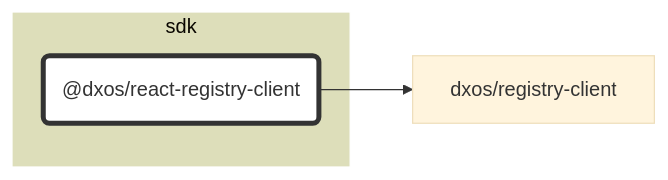
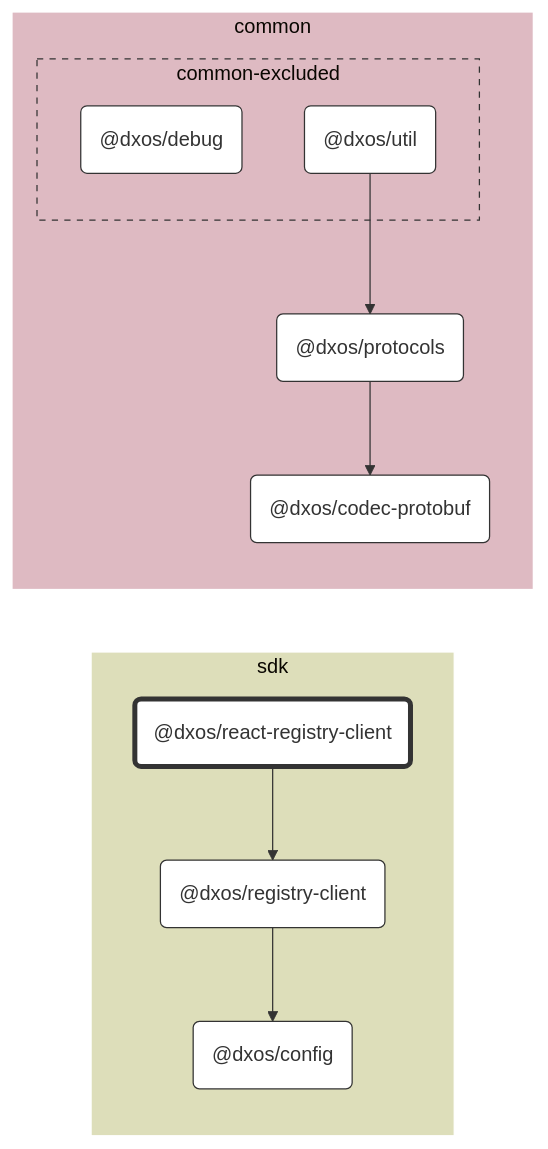
Before and after one commit to dxos/dxos: the diagram in packages/sdk/react-registry-client/docs/README.md, drawn with Mermaid (base theme). The commit also changed 65 other files, not shown here.

````diff
--- a/packages/sdk/react-registry-client/docs/README.md
+++ b/packages/sdk/react-registry-client/docs/README.md
@@ -7,21 +7,44 @@
 ```mermaid
 %%{ init: {'flowchart':{'curve':'basis'}} }%%
 
 flowchart LR
 
 %% Classes
 classDef def fill:#fff,stroke:#333,stroke-width:1px
 classDef root fill:#fff,stroke:#333,stroke-width:4px
 
 %% Nodes
 
 subgraph sdk [sdk]
   style sdk fill:#dddeba,stroke:#fff
   dxos/react-registry-client("@dxos/react-registry-client"):::root
   click dxos/react-registry-client "dxos/dxos/tree/main/packages/sdk/react-registry-client/docs"
+  dxos/config("@dxos/config"):::def
+  click dxos/config "dxos/dxos/tree/main/packages/sdk/config/docs"
+  dxos/registry-client("@dxos/registry-client"):::def
+  click dxos/registry-client "dxos/dxos/tree/main/packages/sdk/registry-client/docs"
+end
+
+subgraph common [common]
+  style common fill:#debac2,stroke:#fff
+  dxos/codec-protobuf("@dxos/codec-protobuf"):::def
+  click dxos/codec-protobuf "dxos/dxos/tree/main/packages/common/codec-protobuf/docs"
+  dxos/protocols("@dxos/protocols"):::def
+  click dxos/protocols "dxos/dxos/tree/main/packages/common/protocols/docs"
+
+  subgraph common-excluded [common-excluded]
+    style common-excluded fill:#debac2,stroke:#333,stroke-dasharray:5 5
+    dxos/debug("@dxos/debug"):::def
+    click dxos/debug "dxos/dxos/tree/main/packages/common/debug/docs"
+    dxos/util("@dxos/util"):::def
+    click dxos/util "dxos/dxos/tree/main/packages/common/util/docs"
+  end
 end
 
 %% Links
 linkStyle default stroke:#333,stroke-width:1px
+dxos/protocols --> dxos/codec-protobuf
+dxos/util --> dxos/protocols
 dxos/react-registry-client --> dxos/registry-client
+dxos/registry-client --> dxos/config
 ```
````
